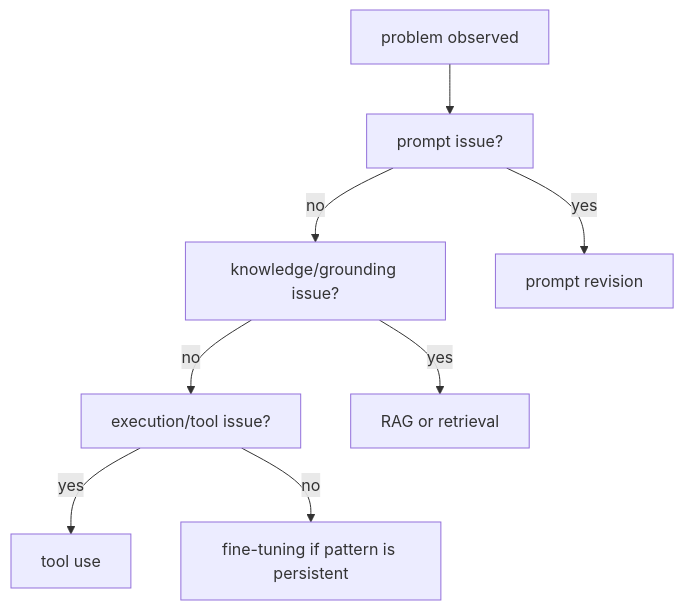
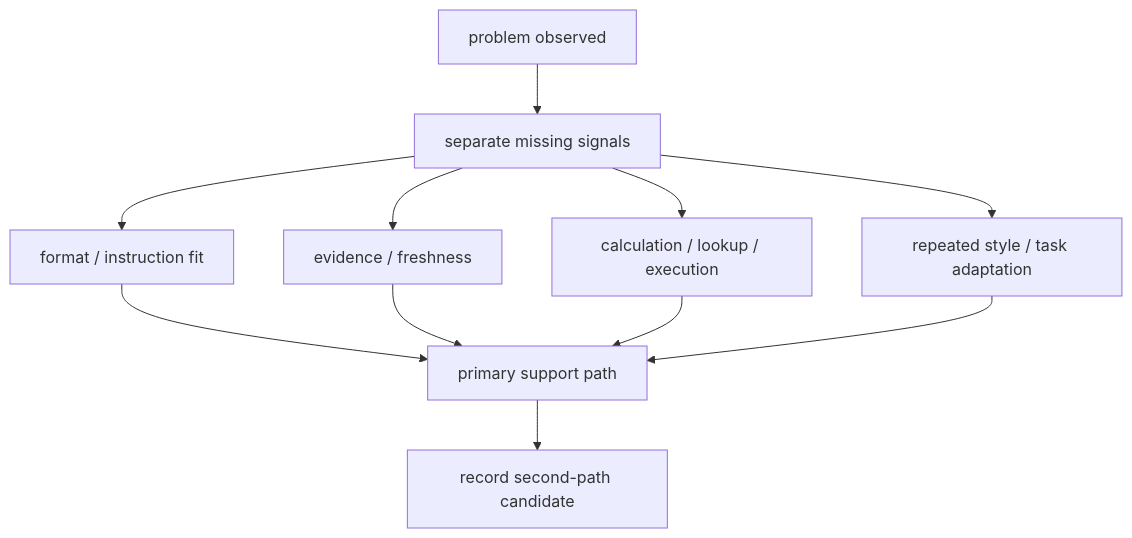
One commit to devchan64/AiBook changed the diagram in docs/assets/part-06/chapter-09/p6-c09-s03-solution-map-en.mmd. Above: the diagram before and after it, drawn with Mermaid. The commit also changed 9 other files, not shown here.

```diff
--- a/docs/assets/part-06/chapter-09/p6-c09-s03-solution-map-en.mmd
+++ b/docs/assets/part-06/chapter-09/p6-c09-s03-solution-map-en.mmd
@@ -1,17 +1,20 @@
 flowchart TD
   A["problem observed"]
-  B["prompt issue?"]
-  C["knowledge/grounding issue?"]
-  D["execution/tool issue?"]
-  E["prompt revision"]
-  F["RAG or retrieval"]
-  G["tool use"]
-  H["fine-tuning if pattern is persistent"]
+  B["separate missing signals"]
+  C["format / instruction fit"]
+  D["evidence / freshness"]
+  E["calculation / lookup / execution"]
+  F["repeated style / task adaptation"]
+  G["primary support path"]
+  H["record second-path candidate"]
 
   A --> B
-  B -->|yes| E
-  B -->|no| C
-  C -->|yes| F
-  C -->|no| D
-  D -->|yes| G
-  D -->|no| H
+  B --> C
+  B --> D
+  B --> E
+  B --> F
+  C --> G
+  D --> G
+  E --> G
+  F --> G
+  G --> H
```
